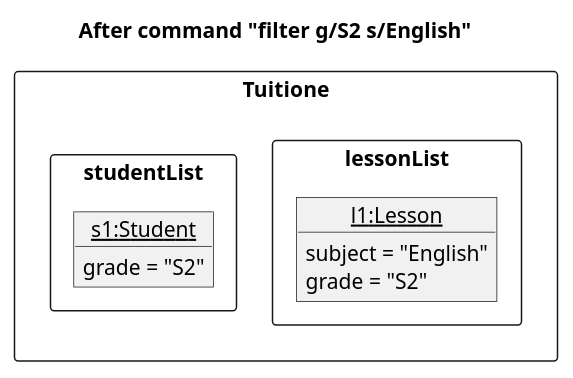
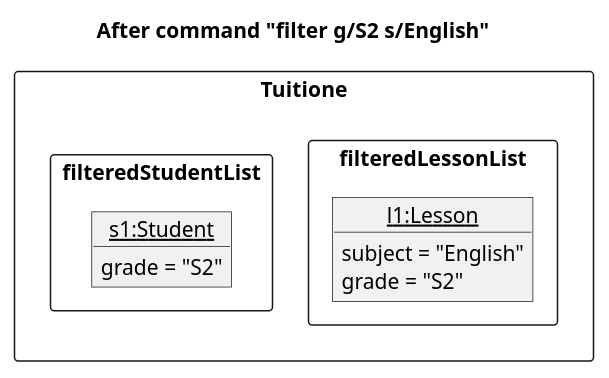
Before and after one commit to nus-cs2103-AY2122S1/tp: the diagram in docs/diagrams/FilterState1.puml, drawn with PlantUML. The commit also changed 3 other files, not shown here.

Commit message:
Update FilterState1 and RosterState1 Diagram

```diff
--- a/docs/diagrams/FilterState1.puml
+++ b/docs/diagrams/FilterState1.puml
@@ -1,21 +1,21 @@
 @startuml
 'https://plantuml.com/object-diagram
 
 title After command "filter g/S2 s/English"
 
 package Tuitione <<rectangle>> {
-    package lessonList <<rectangle>> {
+    package filteredLessonList <<rectangle>> {
         object "<u>l1:Lesson" as Lesson1 {
         subject = "English"
         grade = "S2"
         }
 
     }
-    package studentList <<rectangle>> {
+    package filteredStudentList <<rectangle>> {
         object "<u>s1:Student" as Student1 {
         grade = "S2"
         }
     }
 }
 
 @end
```
